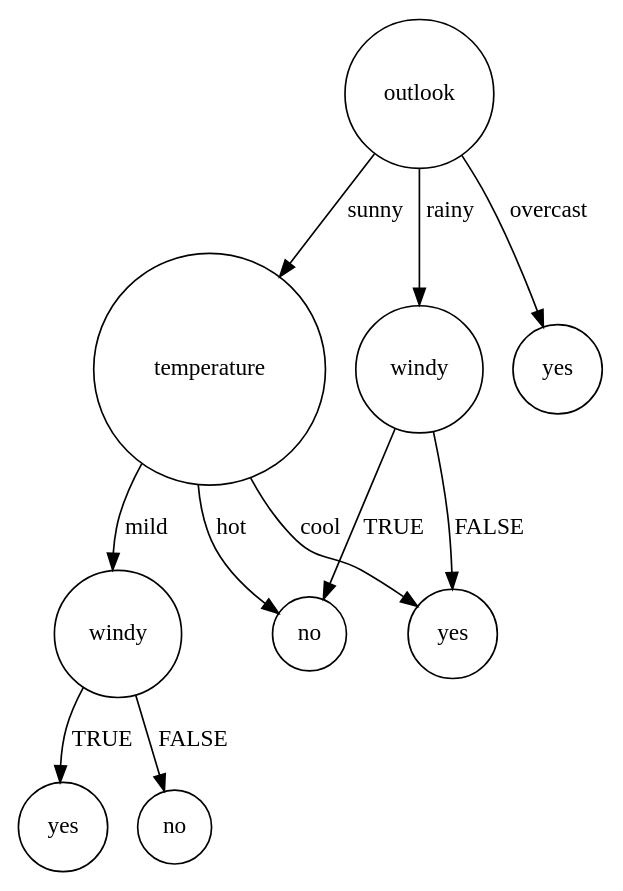
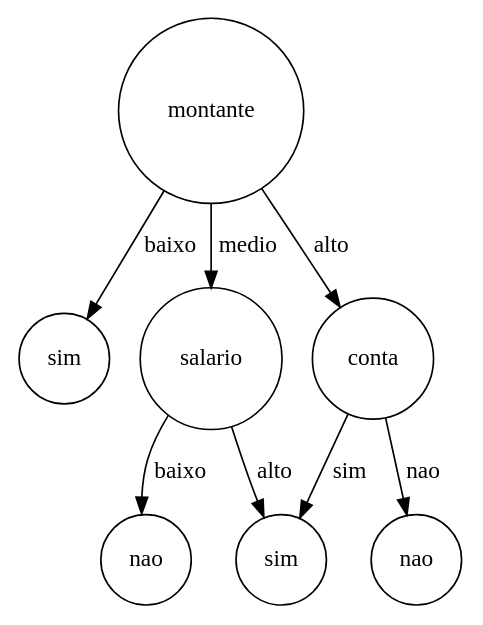
Before and after one commit to netoaraujjo/id3: the diagram in Digraph.gv, drawn with Graphviz. The commit also changed 5 other files, not shown here.

```diff
--- a/Digraph.gv
+++ b/Digraph.gv
@@ -1,24 +1,18 @@
 digraph {
 	node [shape=circle]
-	outlook0 [label=outlook]
-	windy1 [label=windy]
-	no2 [label=no]
-		windy1 -> no2 [label=TRUE]
-	yes2 [label=yes]
-		windy1 -> yes2 [label=FALSE]
-		outlook0 -> windy1 [label=rainy]
-	temperature1 [label=temperature]
-	yes2 [label=yes]
-		temperature1 -> yes2 [label=cool]
-	no2 [label=no]
-		temperature1 -> no2 [label=hot]
-	windy2 [label=windy]
-	yes3 [label=yes]
-		windy2 -> yes3 [label=TRUE]
-	no3 [label=no]
-		windy2 -> no3 [label=FALSE]
-		temperature1 -> windy2 [label=mild]
-		outlook0 -> temperature1 [label=sunny]
-	yes1 [label=yes]
-		outlook0 -> yes1 [label=overcast]
+	montante0 [label=montante]
+	sim2 [label=sim]
+		montante0 -> sim2 [label=baixo]
+	salario3 [label=salario]
+	nao5 [label=nao]
+		salario3 -> nao5 [label=baixo]
+	sim6 [label=sim]
+		salario3 -> sim6 [label=alto]
+		montante0 -> salario3 [label=medio]
+	conta4 [label=conta]
+	sim6 [label=sim]
+		conta4 -> sim6 [label=sim]
+	nao7 [label=nao]
+		conta4 -> nao7 [label=nao]
+		montante0 -> conta4 [label=alto]
 }
```
